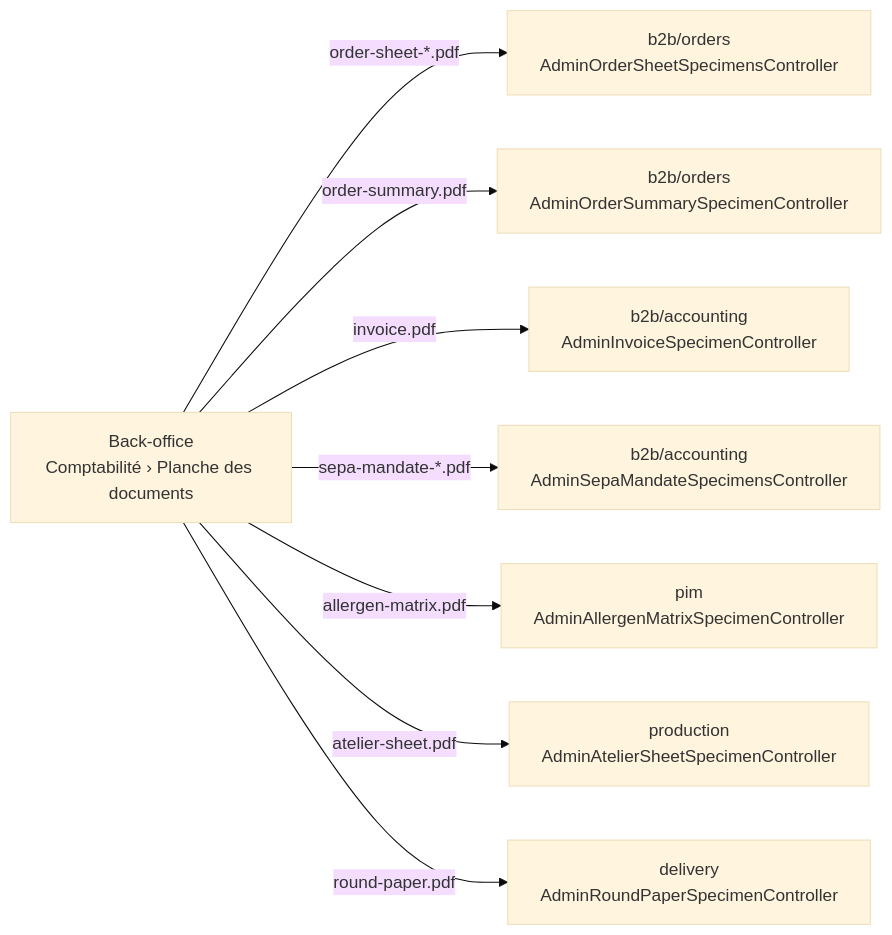
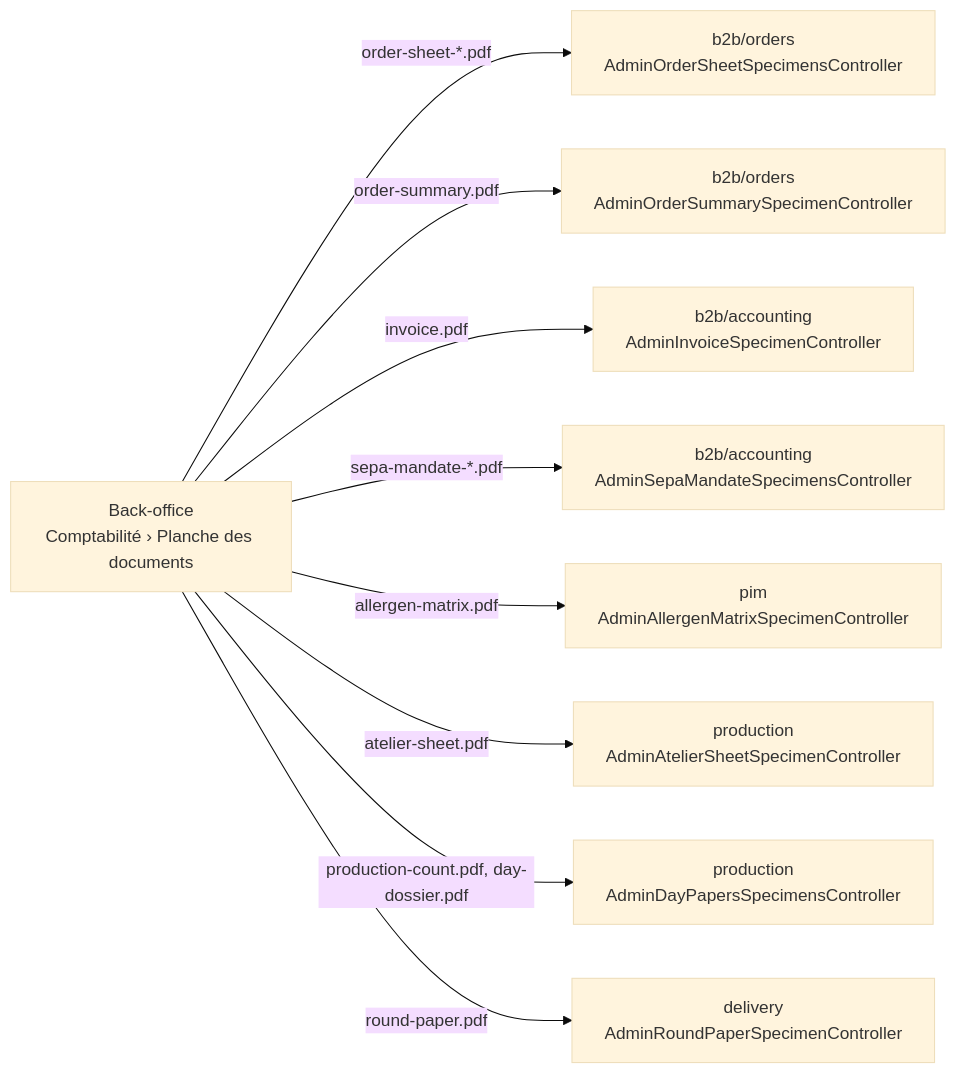
The diagram in documentation/comptabilite/planche-des-documents.md (hugoheynard/lfd), drawn with Mermaid (base theme) before and after one commit. The commit also changed other lines of this file and 13 other files, not shown here.

````diff
--- a/documentation/comptabilite/planche-des-documents.md
+++ b/documentation/comptabilite/planche-des-documents.md
@@ -34,11 +36,12 @@
 ```mermaid
 flowchart LR
   screen["Back-office<br/>Comptabilité › Planche des documents"]
   screen -->|order-sheet-*.pdf| orders["b2b/orders<br/>AdminOrderSheetSpecimensController"]
   screen -->|order-summary.pdf| summary["b2b/orders<br/>AdminOrderSummarySpecimenController"]
   screen -->|invoice.pdf| accounting["b2b/accounting<br/>AdminInvoiceSpecimenController"]
   screen -->|sepa-mandate-*.pdf| mandates["b2b/accounting<br/>AdminSepaMandateSpecimensController"]
   screen -->|allergen-matrix.pdf| pim["pim<br/>AdminAllergenMatrixSpecimenController"]
   screen -->|atelier-sheet.pdf| production["production<br/>AdminAtelierSheetSpecimenController"]
+  screen -->|production-count.pdf, day-dossier.pdf| dayPapers["production<br/>AdminDayPapersSpecimensController"]
   screen -->|round-paper.pdf| delivery["delivery<br/>AdminRoundPaperSpecimenController"]
 ```
````
